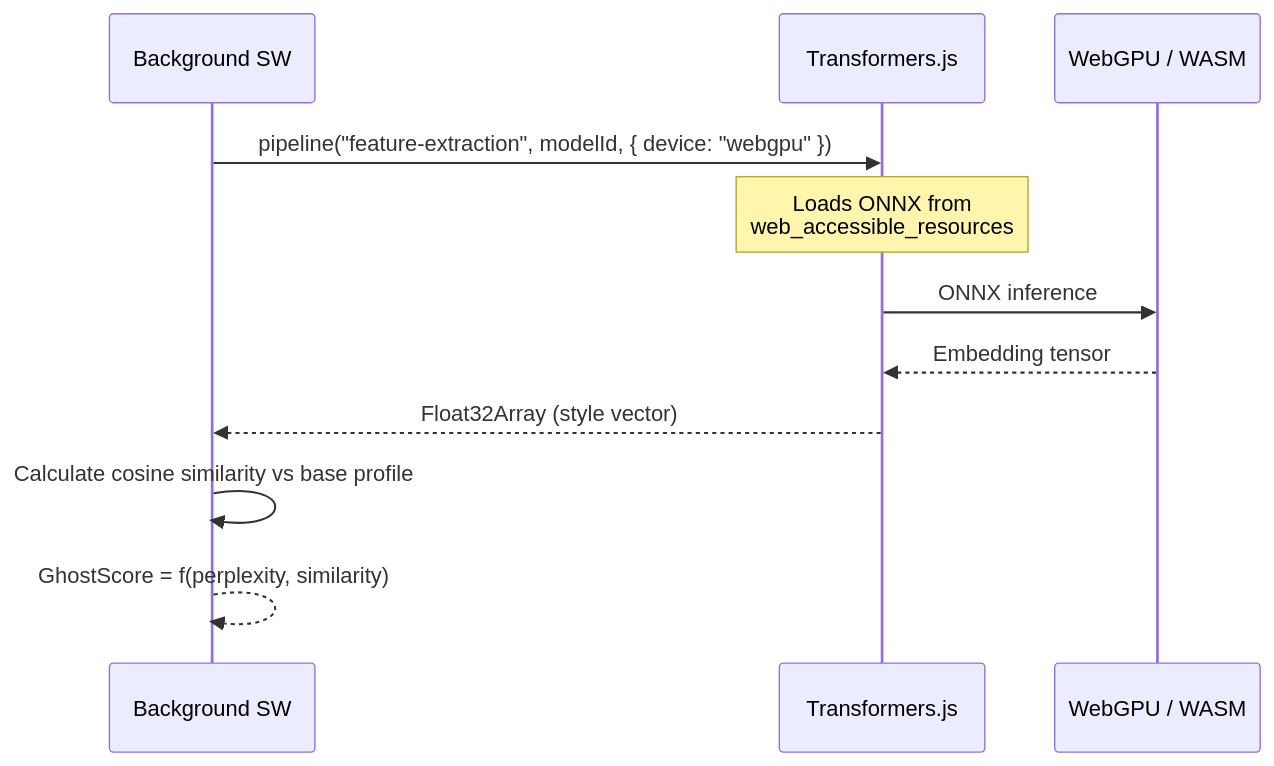
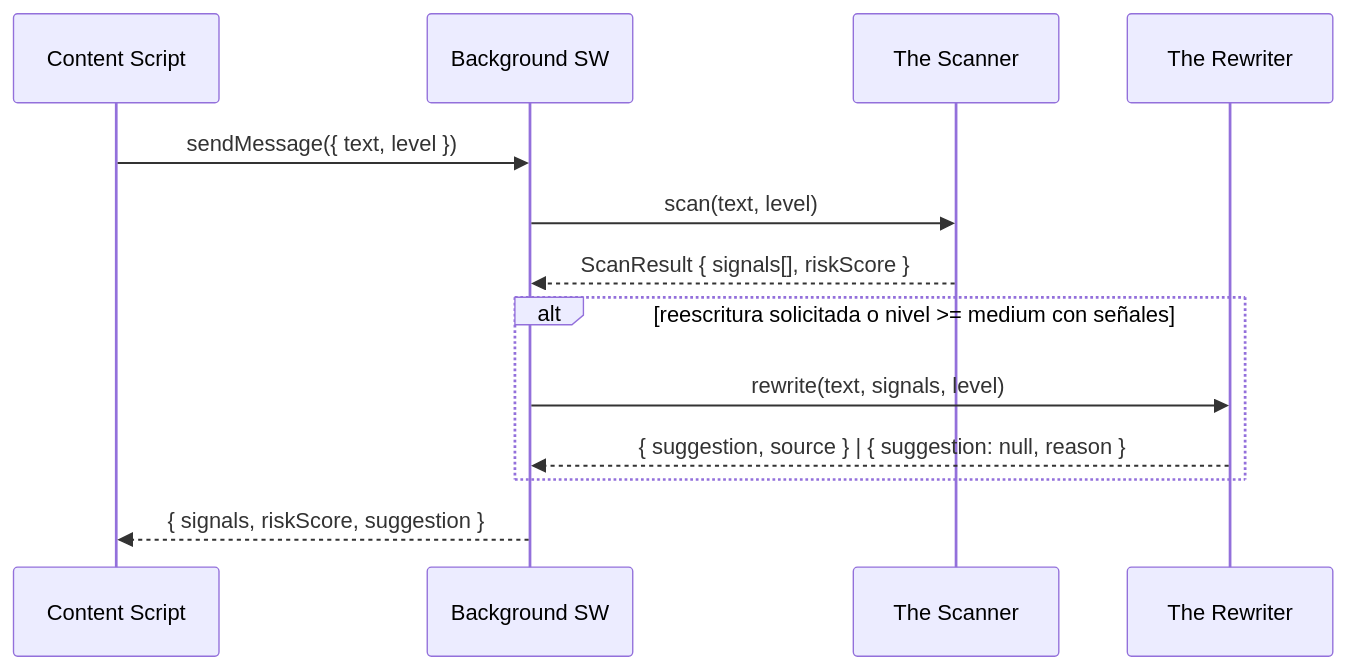
The second of 3 diagrams in docs/ARCHITECTURE.md (Silvak/ghosttype), drawn with Mermaid before and after one commit. The commit also changed other lines of this file and 1 other file, not shown here.

Commit message:
refactor: update architecture and roadmap documentation to Spanish, enhancing clarity and detail on components and phases

````diff
--- a/docs/ARCHITECTURE.md
+++ b/docs/ARCHITECTURE.md
@@ -83,14 +101,16 @@
 ```mermaid
 sequenceDiagram
+    participant CS as Content Script
     participant BG as Background SW
-    participant TF as Transformers.js
-    participant GPU as WebGPU / WASM
+    participant SC as The Scanner
+    participant RW as The Rewriter
 
-    BG->>TF: pipeline("feature-extraction", modelId, { device: "webgpu" })
-    Note over TF: Loads ONNX from<br/>web_accessible_resources
-    TF->>GPU: ONNX inference
-    GPU-->>TF: Embedding tensor
-    TF-->>BG: Float32Array (style vector)
-    BG->>BG: Calculate cosine similarity vs base profile
-    BG-->>BG: GhostScore = f(perplexity, similarity)
+    CS->>BG: sendMessage({ text, level })
+    BG->>SC: scan(text, level)
+    SC-->>BG: ScanResult { signals[], riskScore }
+    alt reescritura solicitada o nivel >= medium con señales
+        BG->>RW: rewrite(text, signals, level)
+        RW-->>BG: { suggestion, source } | { suggestion: null, reason }
+    end
+    BG-->>CS: { signals, riskScore, suggestion }
 ```
````
